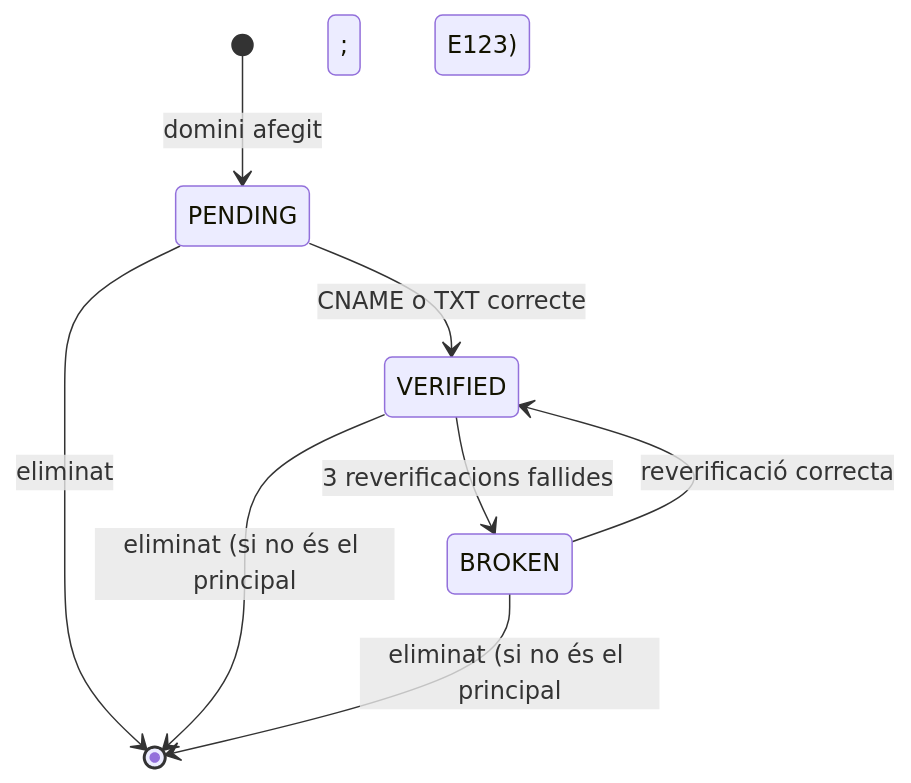
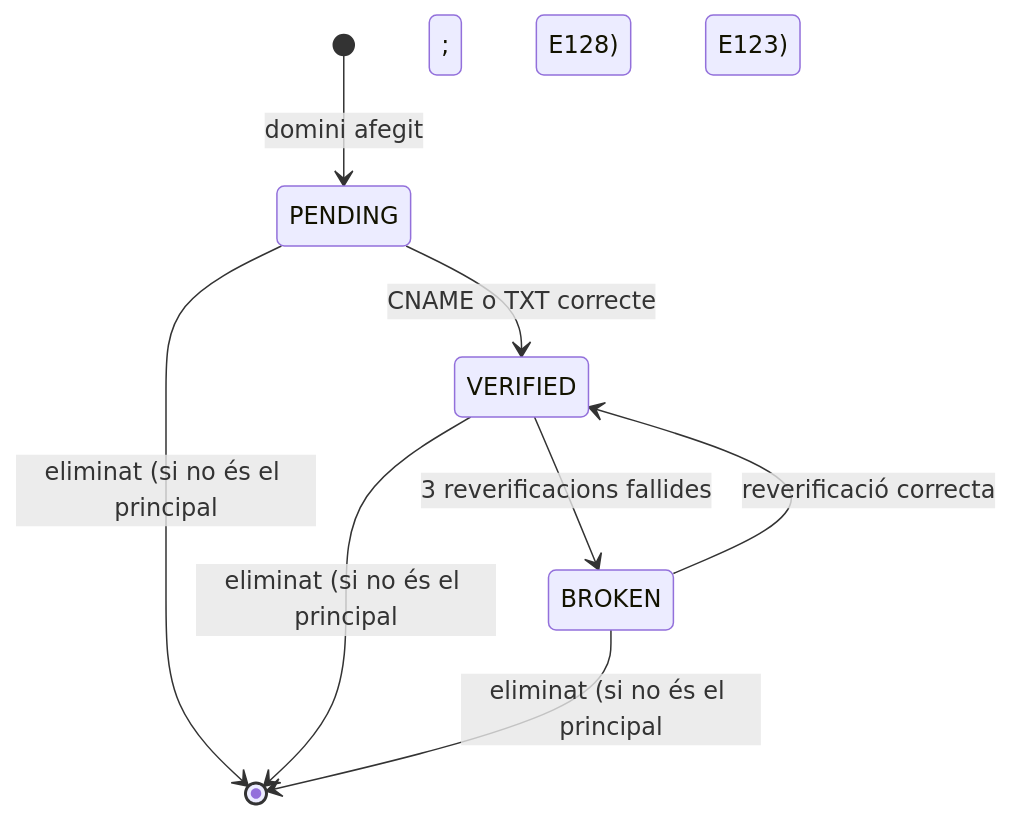
Before and after one commit to jboixtcm/agilityhub-core-web: the second of 2 diagrams in docs/specs/S17-consola-de-clubs.md, drawn with Mermaid. The commit also changed 80 other files, not shown here.

````diff
--- a/docs/specs/S17-consola-de-clubs.md
+++ b/docs/specs/S17-consola-de-clubs.md
@@ -78,10 +78,10 @@
 ```mermaid
 stateDiagram-v2
   [*] --> PENDING : domini afegit
   PENDING --> VERIFIED : CNAME o TXT correcte
   VERIFIED --> BROKEN : 3 reverificacions fallides
   BROKEN --> VERIFIED : reverificació correcta
-  PENDING --> [*] : eliminat
+  PENDING --> [*] : eliminat (si no és el principal; E128)
   VERIFIED --> [*] : eliminat (si no és el principal; E123)
   BROKEN --> [*] : eliminat (si no és el principal; E123)
 ```
````
